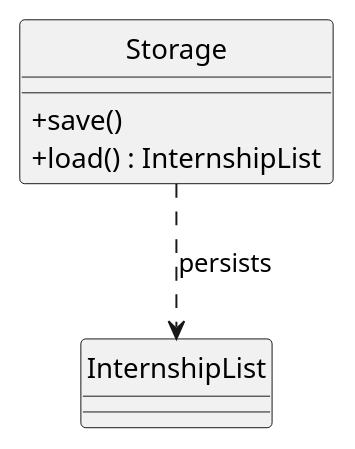
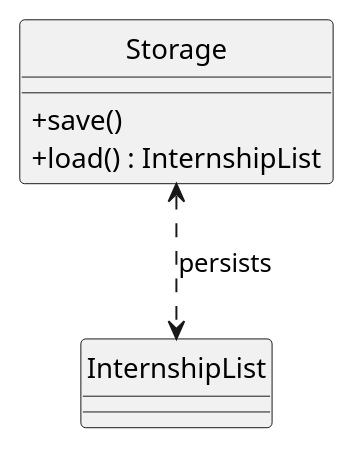
One commit to xyanjun02/tp changed the diagram in docs/diagrams/storageComponent.puml. Above: the diagram before and after it, drawn with PlantUML. The commit also changed 11 other files, not shown here.

Commit message:
Updated diagrams for dg

```diff
--- a/docs/diagrams/storageComponent.puml
+++ b/docs/diagrams/storageComponent.puml
@@ -1,14 +1,14 @@
 @startuml
 hide circle
 skinparam classAttributeIconSize 0
 
 class Storage {
   + save()
   + load() : InternshipList
 }
 
 class InternshipList
 
-Storage ..> InternshipList : persists
+Storage <..> InternshipList : persists
 
 @enduml
```
